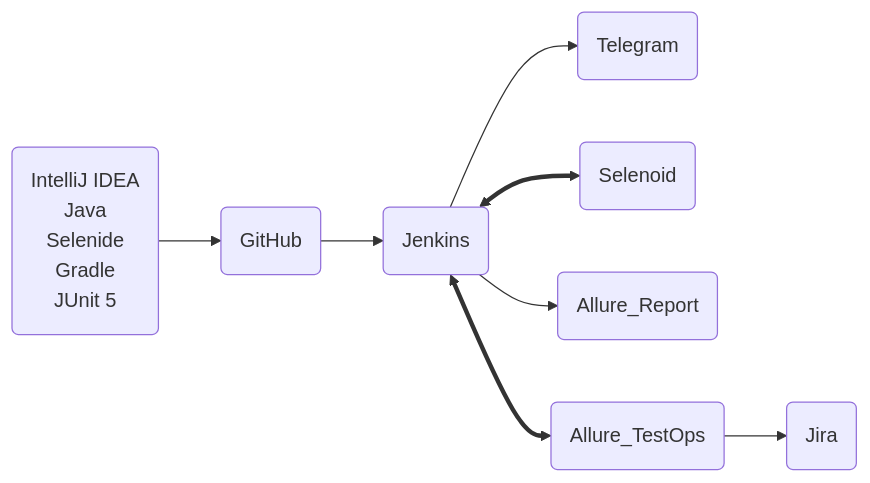
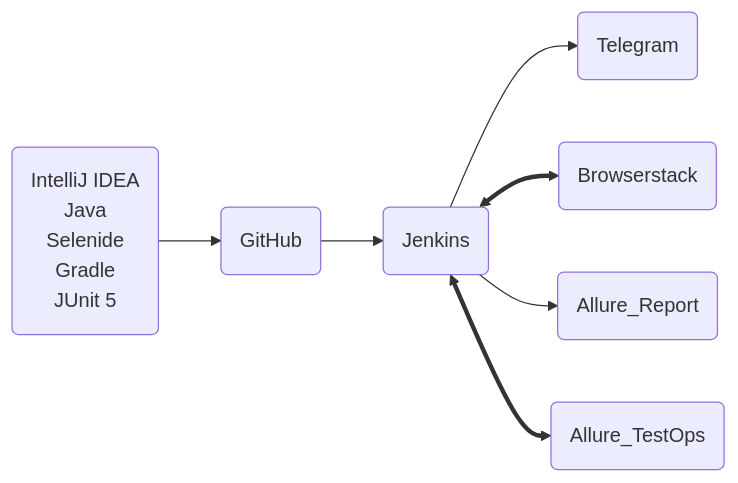
One commit to kulchub-Aleksandr/Lesson_20_mobile_tests changed the diagram in README.md. Above: the diagram before and after it, drawn with Mermaid. The commit also changed other lines of this file and 2 other files, not shown here.

````diff
--- a/README.md
+++ b/README.md
@@ -52,17 +52,17 @@
 ``` mermaid
 flowchart LR;
     A(IntelliJ IDEA
      Java
      Selenide
     Gradle
     JUnit 5)-->B(GitHub);
     B-->C(Jenkins);
     C-->D(Telegram);
-    C<==>E(Selenoid);
+    C<==>E(Browserstack);
     
     C-->G(Allure_Report);
     
     C<==>F(Allure_TestOps);
-    F-->J(Jira);
+    
 
 ```
````
